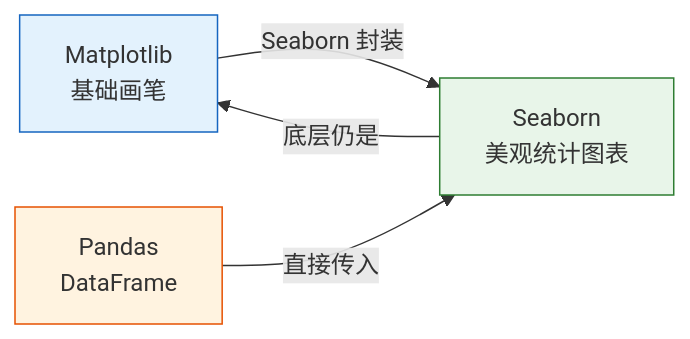
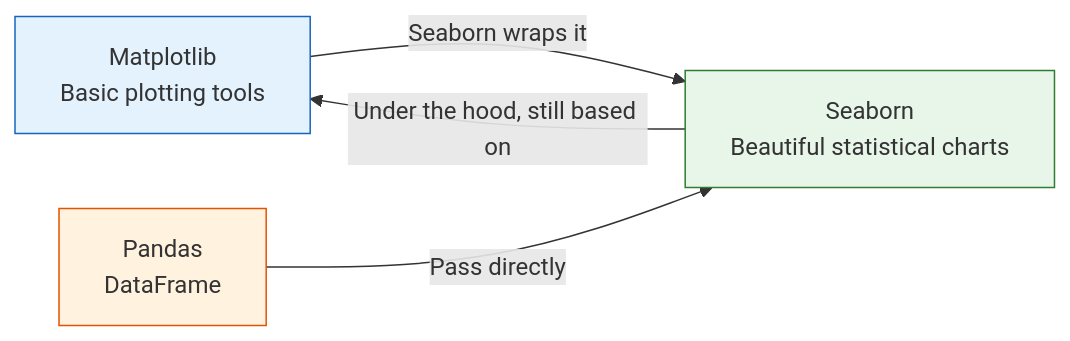
The second of 3 diagrams in docs/ch03-data-analysis/ch04-visualization/02-seaborn.md (oudbiao/AI-fullstack-course), drawn with Mermaid before and after one commit. The commit also changed other lines of this file and 1406 other files, not shown here.

````diff
--- a/docs/ch03-data-analysis/ch04-visualization/02-seaborn.md
+++ b/docs/ch03-data-analysis/ch04-visualization/02-seaborn.md
@@ -58,10 +58,10 @@
 ```mermaid
 flowchart LR
-    A["Matplotlib<br/>基础画笔"] -->|"Seaborn 封装"| B["Seaborn<br/>美观统计图表"]
-    B -->|"底层仍是"| A
-    C["Pandas<br/>DataFrame"] -->|"直接传入"| B
+    A["Matplotlib<br/>Basic plotting tools"] -->|"Seaborn wraps it"| B["Seaborn<br/>Beautiful statistical charts"]
+    B -->|"Under the hood, still based on"| A
+    C["Pandas<br/>DataFrame"] -->|"Pass directly"| B
 
     style A fill:#e3f2fd,stroke:#1565c0,color:#333
     style B fill:#e8f5e9,stroke:#2e7d32,color:#333
     style C fill:#fff3e0,stroke:#e65100,color:#333
 ```
````
